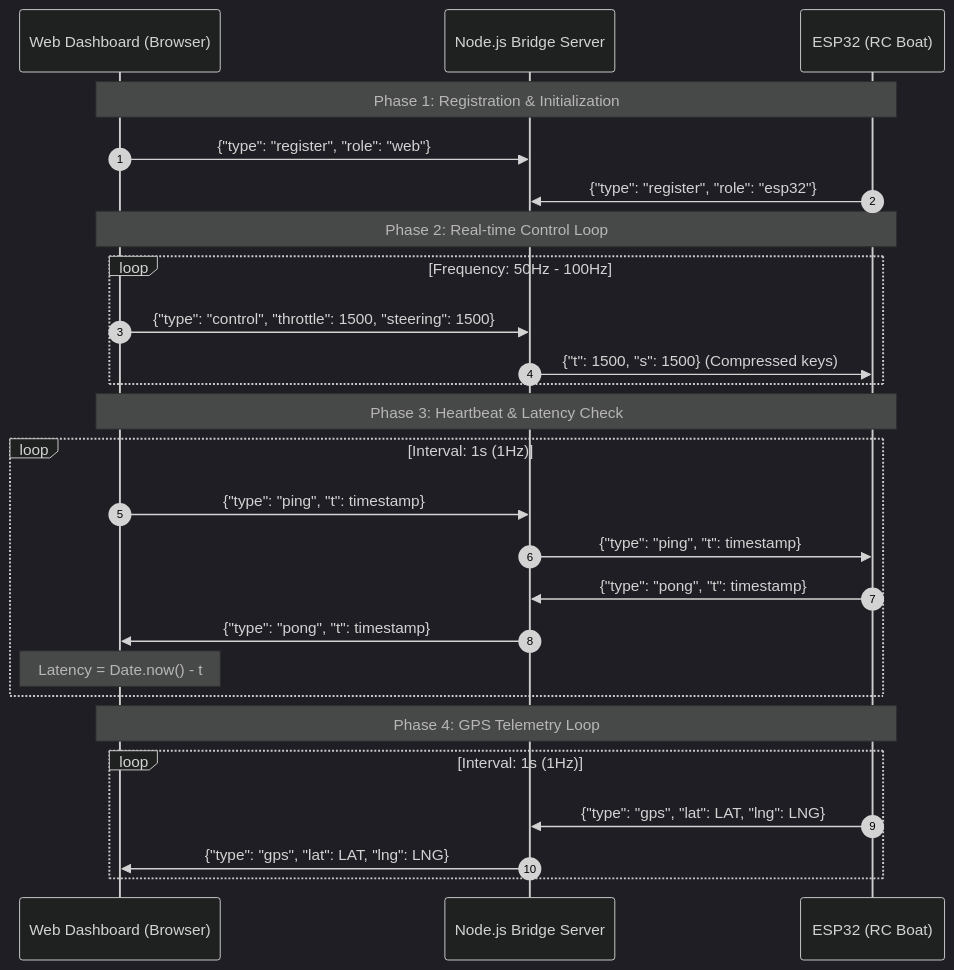
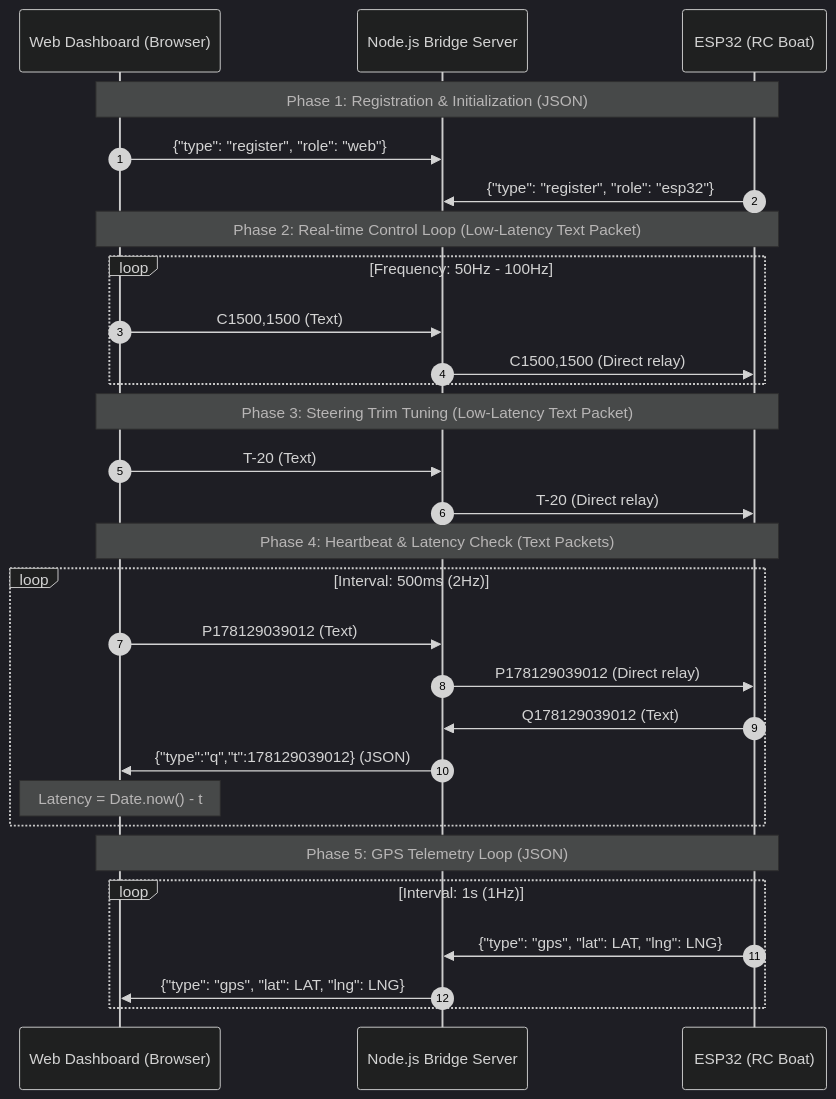
Before and after one commit to TraiNguyenVan/boat-V3: the diagram in ARCHITECTURE.md, drawn with Mermaid (dark theme). The commit also changed other lines of this file and 3 other files, not shown here.

Commit message:
docs: update specifications with low-latency custom text protocol and control timeout rules

````diff
--- a/ARCHITECTURE.md
+++ b/ARCHITECTURE.md
@@ -22,32 +22,36 @@
 ```mermaid
 sequenceDiagram
     autonumber
     participant Web as Web Dashboard (Browser)
     participant Server as Node.js Bridge Server
     participant ESP as ESP32 (RC Boat)
 
-    Note over Web,ESP: Phase 1: Registration & Initialization
+    Note over Web,ESP: Phase 1: Registration & Initialization (JSON)
     Web->>Server: {"type": "register", "role": "web"}
     ESP->>Server: {"type": "register", "role": "esp32"}
 
-    Note over Web,ESP: Phase 2: Real-time Control Loop
+    Note over Web,ESP: Phase 2: Real-time Control Loop (Low-Latency Text Packet)
     loop Frequency: 50Hz - 100Hz
-        Web->>Server: {"type": "control", "throttle": 1500, "steering": 1500}
-        Server->>ESP: {"t": 1500, "s": 1500} (Compressed keys)
+        Web->>Server: C1500,1500 (Text)
+        Server->>ESP: C1500,1500 (Direct relay)
     end
 
-    Note over Web,ESP: Phase 3: Heartbeat & Latency Check
-    loop Interval: 1s (1Hz)
-        Web->>Server: {"type": "ping", "t": timestamp}
-        Server->>ESP: {"type": "ping", "t": timestamp}
-        ESP->>Server: {"type": "pong", "t": timestamp}
-        Server->>Web: {"type": "pong", "t": timestamp}
+    Note over Web,ESP: Phase 3: Steering Trim Tuning (Low-Latency Text Packet)
+    Web->>Server: T-20 (Text)
+    Server->>ESP: T-20 (Direct relay)
+
+    Note over Web,ESP: Phase 4: Heartbeat & Latency Check (Text Packets)
+    loop Interval: 500ms (2Hz)
+        Web->>Server: P178129039012 (Text)
+        Server->>ESP: P178129039012 (Direct relay)
+        ESP->>Server: Q178129039012 (Text)
+        Server->>Web: {"type":"q","t":178129039012} (JSON)
         Note over Web: Latency = Date.now() - t
     end
 
-    Note over Web,ESP: Phase 4: GPS Telemetry Loop
+    Note over Web,ESP: Phase 5: GPS Telemetry Loop (JSON)
     loop Interval: 1s (1Hz)
         ESP->>Server: {"type": "gps", "lat": LAT, "lng": LNG}
         Server->>Web: {"type": "gps", "lat": LAT, "lng": LNG}
     end
 ```
````
